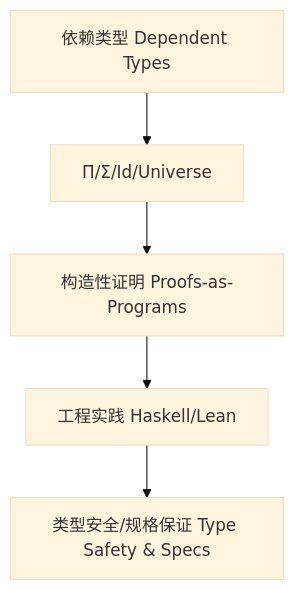
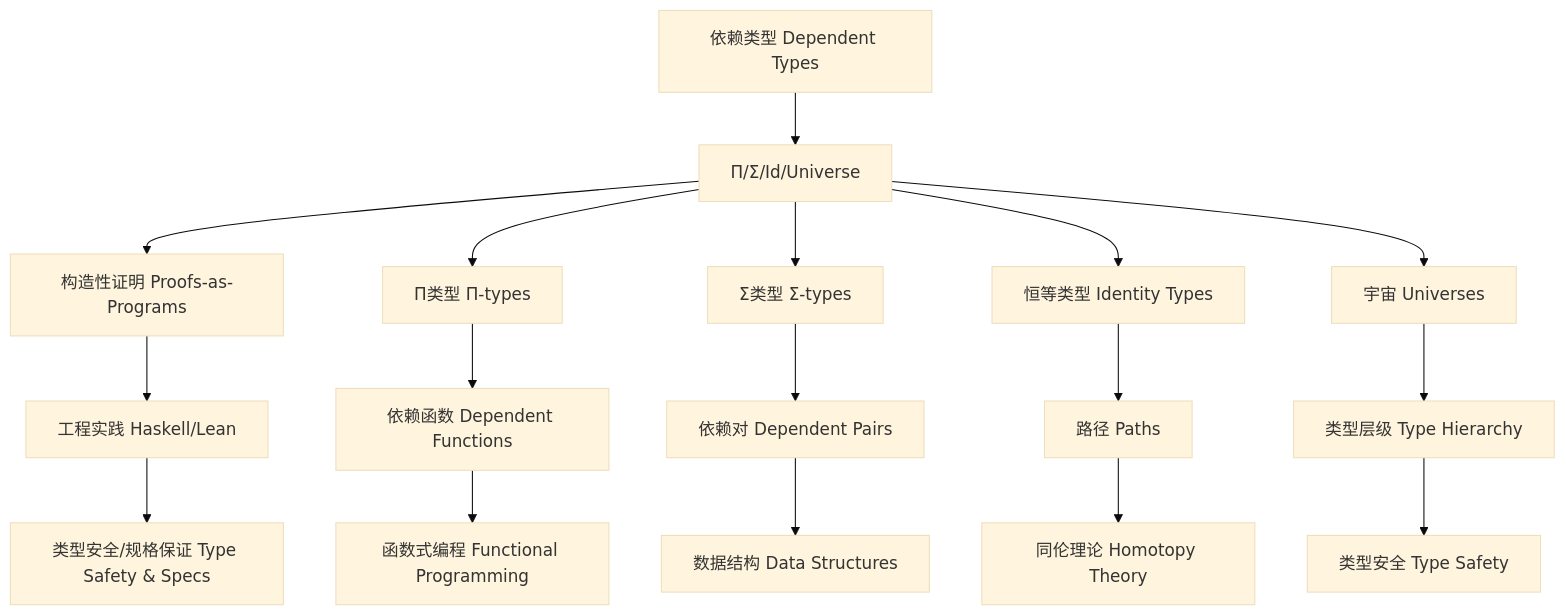
Before and after one commit to AdaMartin18010/haskell: the diagram in docs/analysis/Type/01-Dependent-Type-Theory.md, drawn with Mermaid (base theme). The commit also changed other lines of this file and 27 other files, not shown here.

````diff
--- a/docs/analysis/Type/01-Dependent-Type-Theory.md
+++ b/docs/analysis/Type/01-Dependent-Type-Theory.md
@@ -115,7 +558,22 @@
 ```mermaid
 graph TD
   A[依赖类型 Dependent Types] --> B[Π/Σ/Id/Universe]
   B --> C[构造性证明 Proofs-as-Programs]
   C --> D[工程实践 Haskell/Lean]
   D --> E[类型安全/规格保证 Type Safety & Specs]
+  
+  B --> F[Π类型 Π-types]
+  B --> G[Σ类型 Σ-types]
+  B --> H[恒等类型 Identity Types]
+  B --> I[宇宙 Universes]
+  
+  F --> J[依赖函数 Dependent Functions]
+  G --> K[依赖对 Dependent Pairs]
+  H --> L[路径 Paths]
+  I --> M[类型层级 Type Hierarchy]
+  
+  J --> N[函数式编程 Functional Programming]
+  K --> O[数据结构 Data Structures]
+  L --> P[同伦理论 Homotopy Theory]
+  M --> Q[类型安全 Type Safety]
 ```
````
